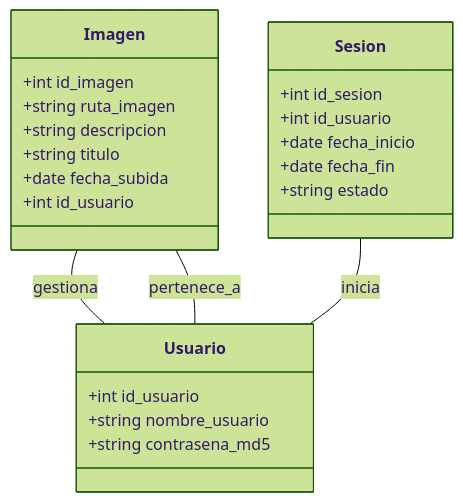
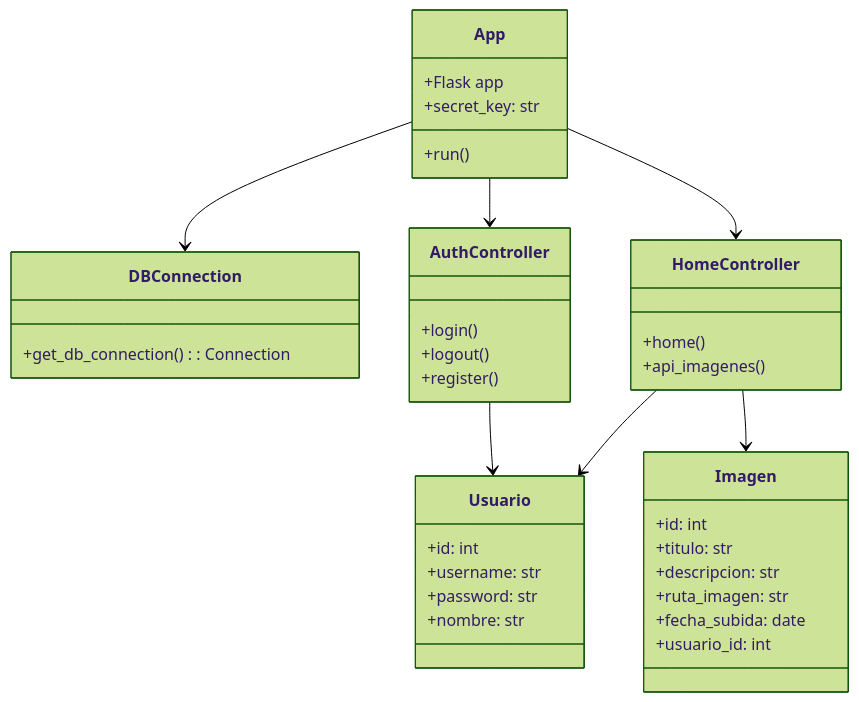
Before and after one commit to dmontes901/TapatApp: the diagram in MGCAM/DBackEnd.mmd, drawn with Mermaid (forest theme).

```diff
--- a/MGCAM/DBackEnd.mmd
+++ b/MGCAM/DBackEnd.mmd
@@ -1,26 +1,45 @@
 classDiagram
-    direction BT
-    class Usuario {
-        +int id_usuario
-        +string nombre_usuario
-        +string contrasena_md5
-    }
-    class Imagen {
-        +int id_imagen
-        +string ruta_imagen
-        +string descripcion
-        +string titulo
-        +date fecha_subida
-        +int id_usuario
-    }
-    class Sesion {
-        +int id_sesion
-        +int id_usuario
-        +date fecha_inicio
-        +date fecha_fin
-        +string estado
-    }
 
-    Usuario -- Imagen : gestiona
-    Usuario -- Sesion : inicia
-    Imagen -- Usuario : pertenece_a
+class App {
+    +Flask app
+    +secret_key: str
+    +run()
+}
+
+class Usuario {
+    +id: int
+    +username: str
+    +password: str
+    +nombre: str
+}
+
+class Imagen {
+    +id: int
+    +titulo: str
+    +descripcion: str
+    +ruta_imagen: str
+    +fecha_subida: date
+    +usuario_id: int
+}
+
+class DBConnection {
+    +get_db_connection(): Connection
+}
+
+class AuthController {
+    +login()
+    +logout()
+    +register()
+}
+
+class HomeController {
+    +home()
+    +api_imagenes()
+}
+
+App --> AuthController
+App --> HomeController
+AuthController --> Usuario
+HomeController --> Usuario
+HomeController --> Imagen
+App --> DBConnection
```
